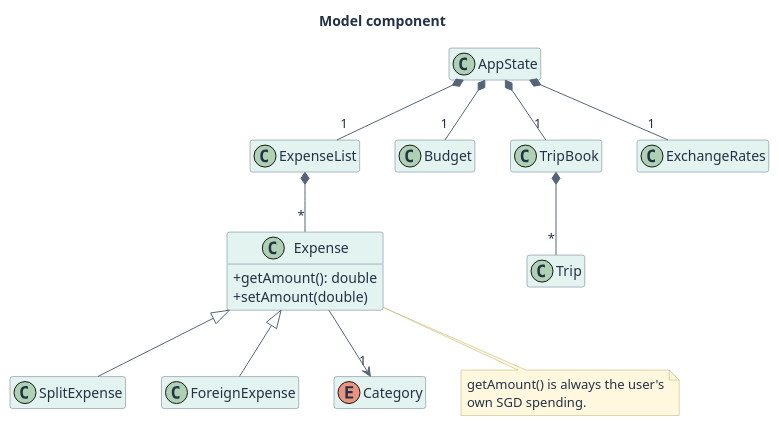
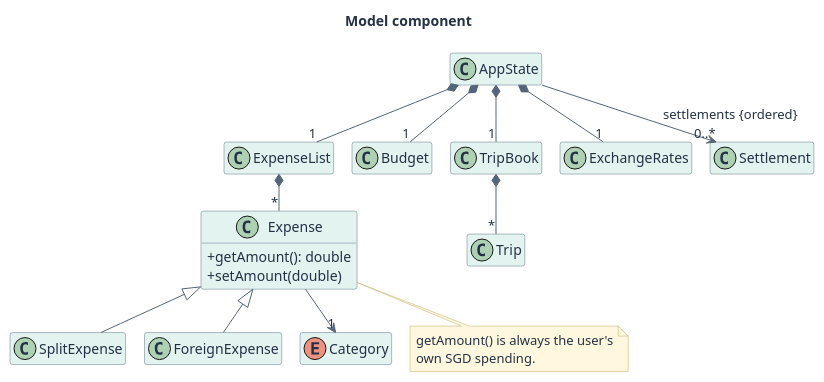
The diagram in docs/diagrams/ModelClassDiagram.puml (AY2627S1-CS2113-W10-1/tp), drawn with PlantUML before and after one commit. The commit also changed 11 other files, not shown here.

```diff
--- a/docs/diagrams/ModelClassDiagram.puml
+++ b/docs/diagrams/ModelClassDiagram.puml
@@ -1,41 +1,44 @@
 @startuml
+!pragma layout smetana
 skinparam backgroundColor #FFFFFF
 skinparam defaultFontColor #243247
 skinparam ArrowColor #53657A
 skinparam classBorderColor #60758A
 skinparam classBackgroundColor #E3F3EF
 skinparam classHeaderBackgroundColor #E3F3EF
 skinparam NoteBackgroundColor #FFF8DE
 skinparam NoteBorderColor #BDAA65
 skinparam shadowing false
 skinparam classAttributeIconSize 0
 hide empty members
 title Model component
 class AppState
 class ExpenseList
 class Expense {
   +getAmount(): double
   +setAmount(double)
 }
 class SplitExpense
 class ForeignExpense
 enum Category
 class Budget
 class TripBook
 class Trip
 class ExchangeRates
+class Settlement
 
 AppState *-- "1" ExpenseList
 AppState *-- "1" Budget
 AppState *-- "1" TripBook
 AppState *-- "1" ExchangeRates
+AppState --> "0..*" Settlement : settlements {ordered}
 ExpenseList *-- "*" Expense
 Expense <|-- SplitExpense
 Expense <|-- ForeignExpense
 Expense --> "1" Category
 TripBook *-- "*" Trip
 note bottom of Expense
   getAmount() is always the user's
   own SGD spending.
 end note
 @enduml
```
